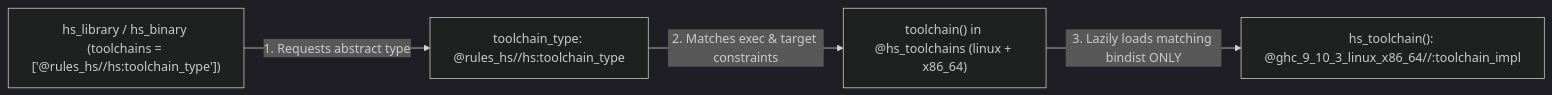
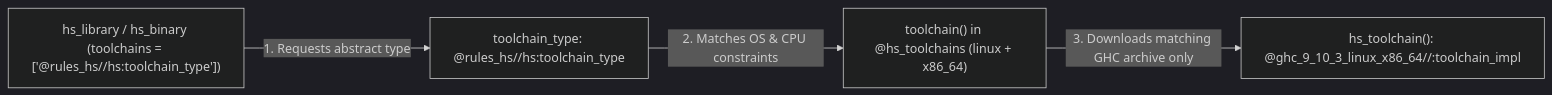
One commit to kaycebasques/hs changed the fourth of 4 diagrams in docs/content/internals/bazel-rules-primer.md. Above: the diagram before and after it, drawn with Mermaid (dark theme). The commit also changed other lines of this file and 3 other files, not shown here.

````diff
--- a/docs/content/internals/bazel-rules-primer.md
+++ b/docs/content/internals/bazel-rules-primer.md
@@ -383,6 +435,6 @@
 ```mermaid
 flowchart LR
     RULE["hs_library / hs_binary (toolchains = ['@rules_hs//hs:toolchain_type'])"] -->|"1. Requests abstract type"| TYPE["toolchain_type: @rules_hs//hs:toolchain_type"]
-    TYPE -->|"2. Matches exec & target constraints"| REG["toolchain() in @hs_toolchains (linux + x86_64)"]
-    REG -->|"3. Lazily loads matching bindist ONLY"| IMPL["hs_toolchain(): @ghc_9_10_3_linux_x86_64//:toolchain_impl"]
+    TYPE -->|"2. Matches OS & CPU constraints"| REG["toolchain() in @hs_toolchains (linux + x86_64)"]
+    REG -->|"3. Downloads matching GHC archive only"| IMPL["hs_toolchain(): @ghc_9_10_3_linux_x86_64//:toolchain_impl"]
 ```
````
